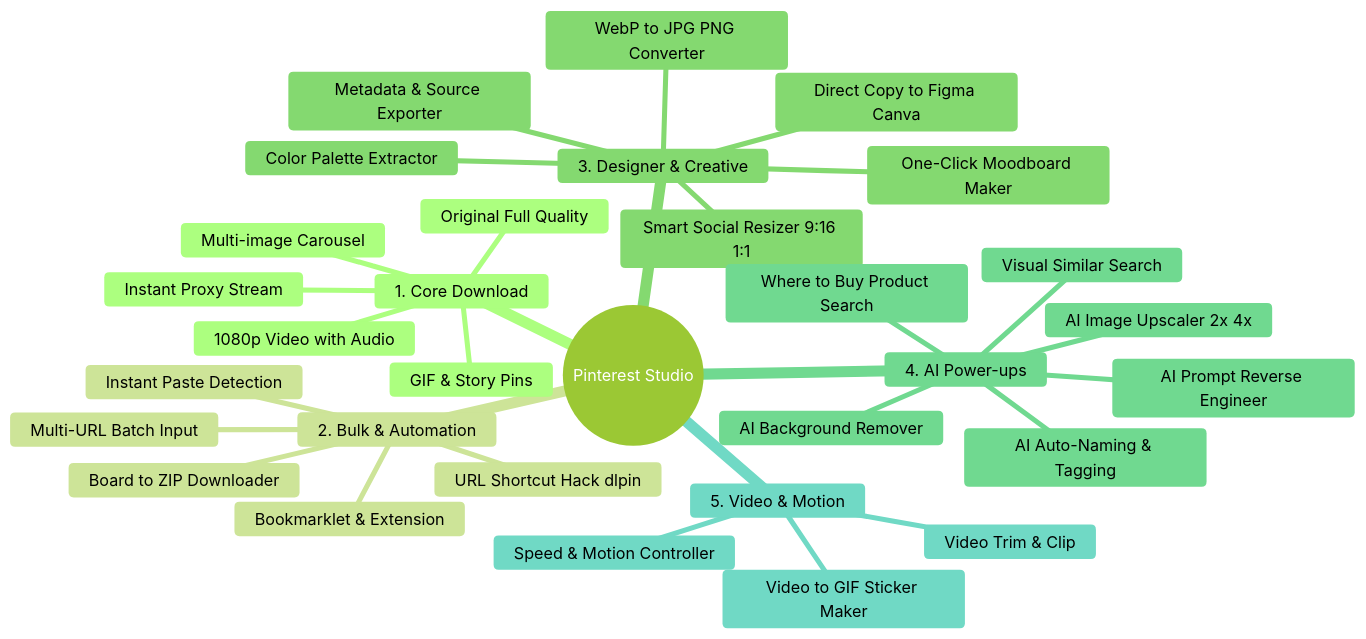
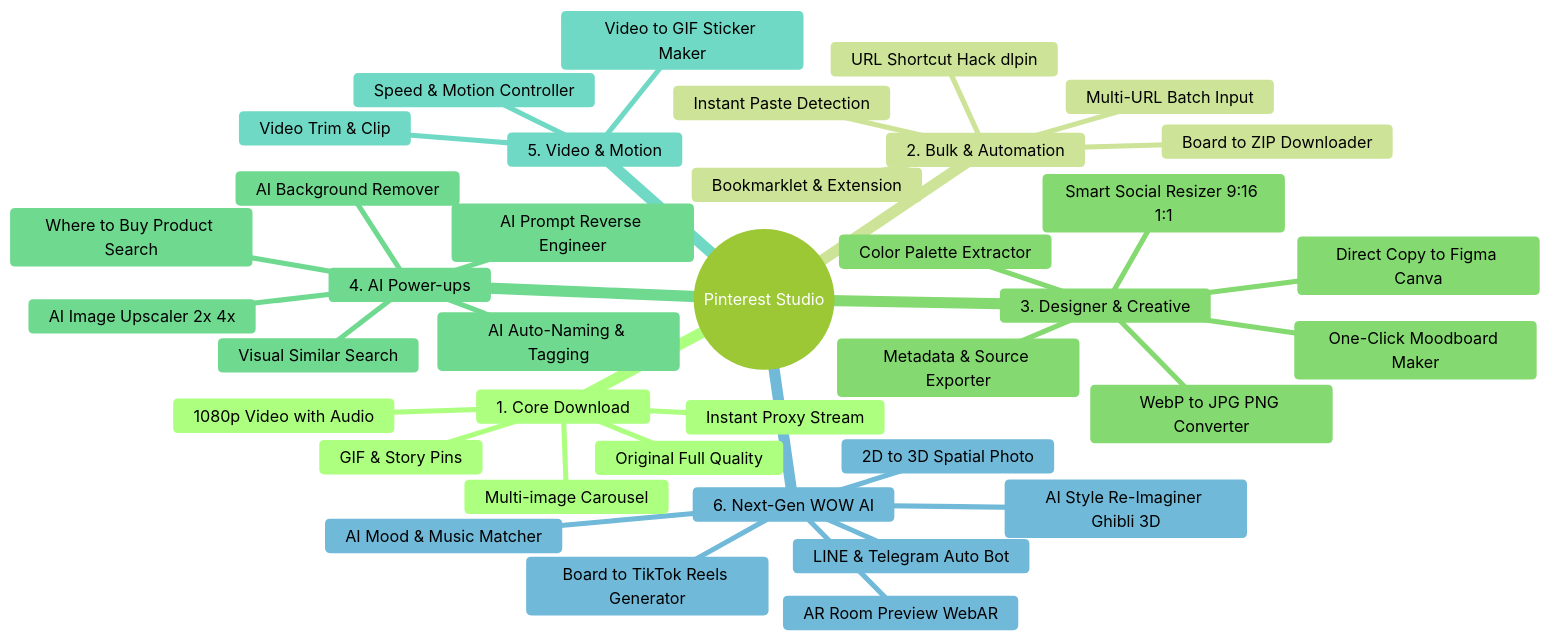
The diagram in PINTEREST_APP_SPEC.md (thanonhari/pinterest-media-studio), drawn with Mermaid (forest theme) before and after one commit. The commit also changed other lines of this file, not shown here.

Commit message:
docs: add 6 Next-Gen WOW features (total 31 features)

````diff
--- a/PINTEREST_APP_SPEC.md
+++ b/PINTEREST_APP_SPEC.md
@@ -9,34 +9,41 @@
 ```mermaid
 mindmap
   root((Pinterest Studio))
     1. Core Download
       Original Full Quality
       1080p Video with Audio
       Multi-image Carousel
       GIF & Story Pins
       Instant Proxy Stream
     2. Bulk & Automation
       Board to ZIP Downloader
       Multi-URL Batch Input
       URL Shortcut Hack dlpin
       Bookmarklet & Extension
       Instant Paste Detection
     3. Designer & Creative
       Color Palette Extractor
       WebP to JPG PNG Converter
       One-Click Moodboard Maker
       Smart Social Resizer 9:16 1:1
       Direct Copy to Figma Canva
       Metadata & Source Exporter
     4. AI Power-ups
       AI Background Remover
       AI Image Upscaler 2x 4x
       AI Prompt Reverse Engineer
       Where to Buy Product Search
       AI Auto-Naming & Tagging
       Visual Similar Search
     5. Video & Motion
       Video Trim & Clip
       Video to GIF Sticker Maker
       Speed & Motion Controller
+    6. Next-Gen WOW AI
+      2D to 3D Spatial Photo
+      Board to TikTok Reels Generator
+      AR Room Preview WebAR
+      AI Mood & Music Matcher
+      AI Style Re-Imaginer Ghibli 3D
+      LINE & Telegram Auto Bot
 ```
````
